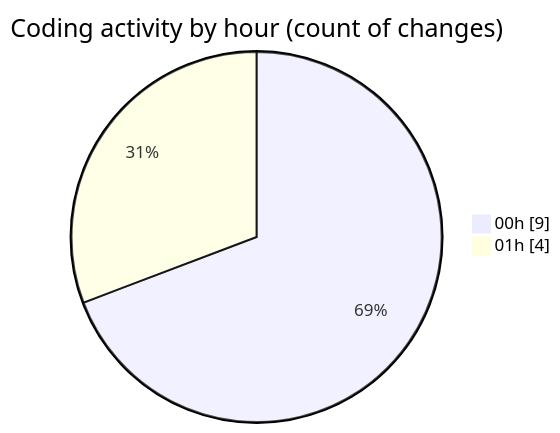
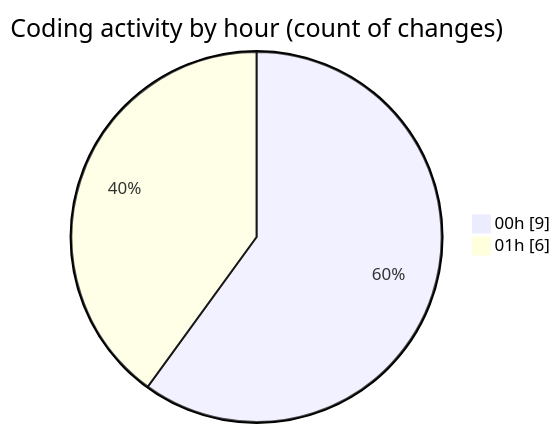
The second of 2 diagrams in 2025-07-14/telebot/README.md (jrari/code-tracking), drawn with Mermaid before and after one commit. The commit also changed other lines of this file and 1 other file, not shown here.

````diff
--- a/2025-07-14/telebot/README.md
+++ b/2025-07-14/telebot/README.md
@@ -34,6 +35,6 @@
 ```mermaid
 pie showData
 title Coding activity by hour (count of changes)
 "00h" : 9
-"01h" : 4
+"01h" : 6
 ```
````
